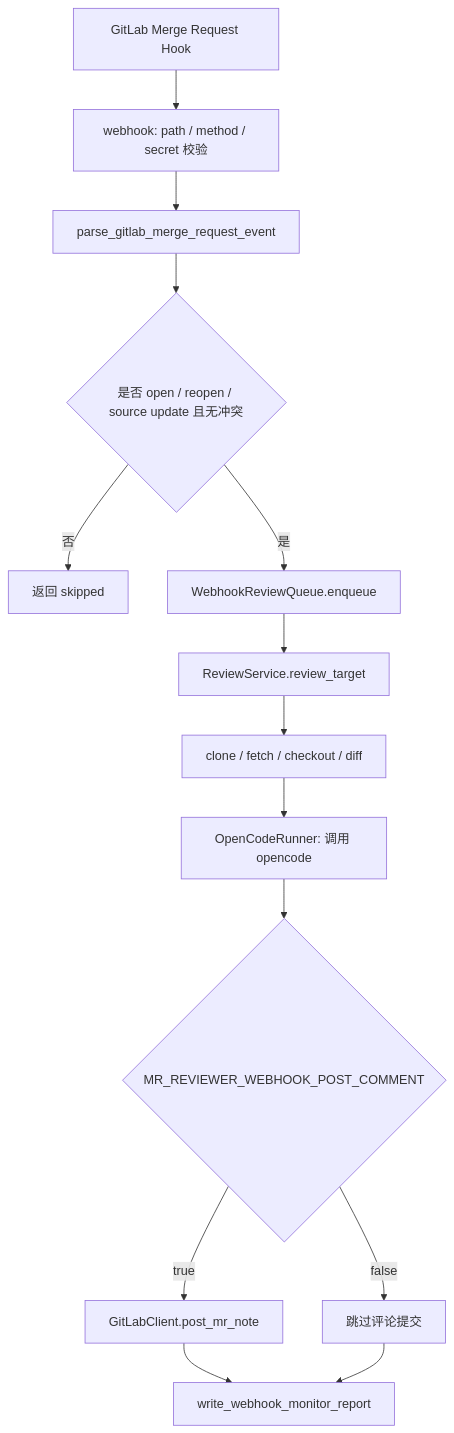
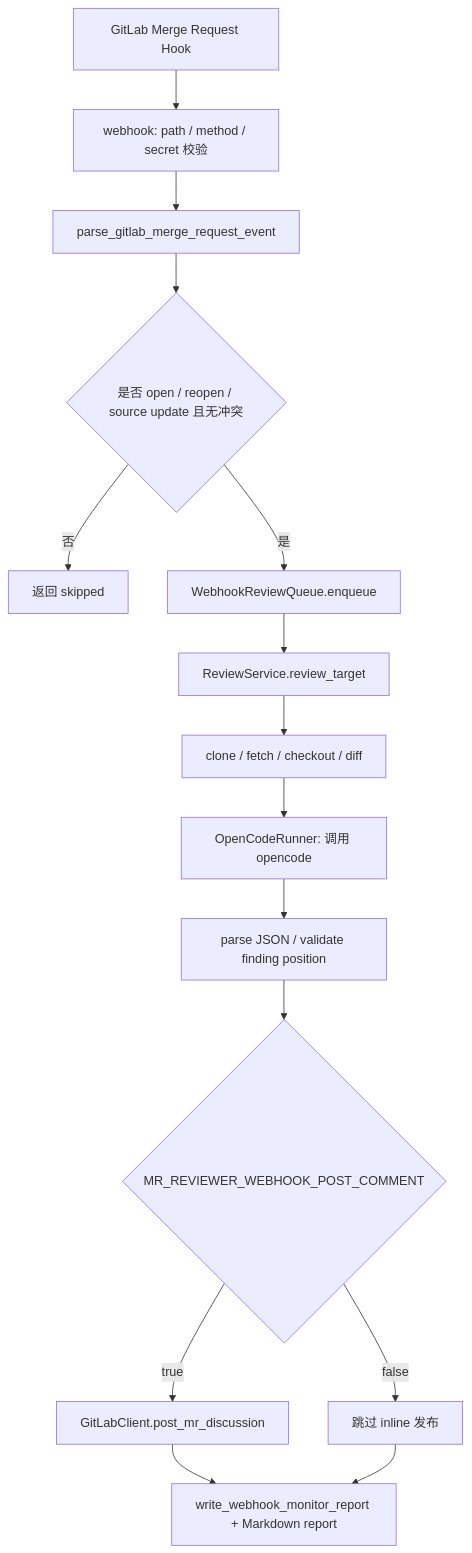
One commit to Faye-663/code-mr-reviewer changed the third of 3 diagrams in docs/DESIGN.md. Above: the diagram before and after it, drawn with Mermaid. The commit also changed other lines of this file and 17 other files, not shown here.

First line of the commit message:
完成 Phase2 结构化 MR review 与 inline discussion (#4)

````diff
--- a/docs/DESIGN.md
+++ b/docs/DESIGN.md
@@ -41,16 +42,17 @@
 ```mermaid
 flowchart TD
     A["GitLab Merge Request Hook"] --> B["webhook: path / method / secret 校验"]
     B --> C["parse_gitlab_merge_request_event"]
     C --> D{"是否 open / reopen / source update 且无冲突"}
     D -- "否" --> E["返回 skipped"]
     D -- "是" --> F["WebhookReviewQueue.enqueue"]
     F --> G["ReviewService.review_target"]
     G --> H["clone / fetch / checkout / diff"]
     H --> I["OpenCodeRunner: 调用 opencode"]
-    I --> J{"MR_REVIEWER_WEBHOOK_POST_COMMENT"}
-    J -- "true" --> K["GitLabClient.post_mr_note"]
-    J -- "false" --> L["跳过评论提交"]
-    K --> M["write_webhook_monitor_report"]
-    L --> M
+    I --> J["parse JSON / validate finding position"]
+    J --> K{"MR_REVIEWER_WEBHOOK_POST_COMMENT"}
+    K -- "true" --> L["GitLabClient.post_mr_discussion"]
+    K -- "false" --> M["跳过 inline 发布"]
+    L --> N["write_webhook_monitor_report + Markdown report"]
+    M --> N
 ```
````
